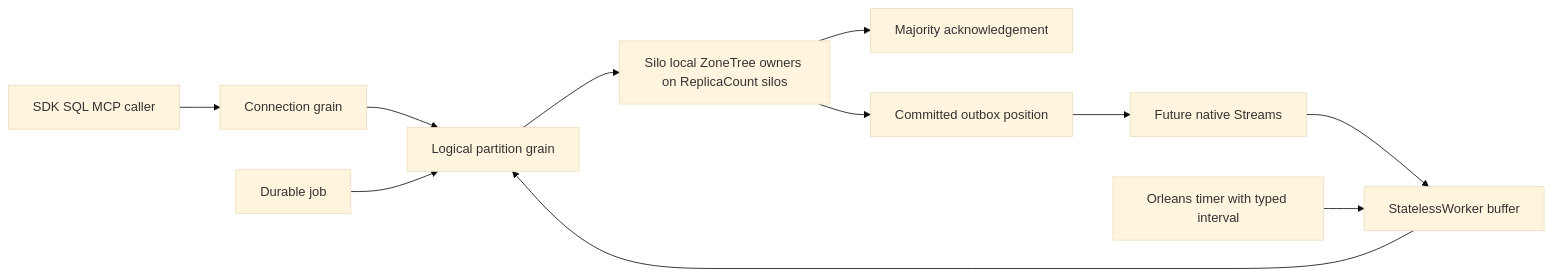
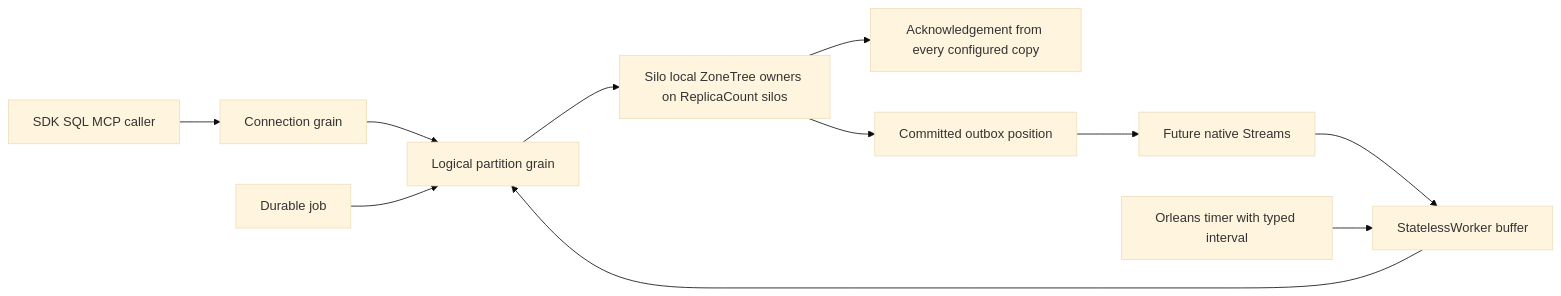
Before and after one commit to managedcode/KeyLoad: the diagram in docs/Features/ClusterRouting/CapabilityReview.md, drawn with Mermaid (base theme). The commit also changed other lines of this file and 2010 other files, not shown here.

````diff
--- a/docs/Features/ClusterRouting/CapabilityReview.md
+++ b/docs/Features/ClusterRouting/CapabilityReview.md
@@ -91,13 +91,13 @@
 ```mermaid
 flowchart LR
     Caller[SDK SQL MCP caller] --> Conn[Connection grain]
     Conn --> Part[Logical partition grain]
     Part --> Owner[Silo local ZoneTree owners on ReplicaCount silos]
-    Owner --> Ack[Majority acknowledgement]
+    Owner --> Ack[Acknowledgement from every configured copy]
     Owner --> Outbox[Committed outbox position]
     Outbox --> Bus[Future native Streams]
     Bus --> Worker[StatelessWorker buffer]
     Timer[Orleans timer with typed interval] --> Worker
     Worker --> Part
     Jobs[Durable job] --> Part
 ```
````
